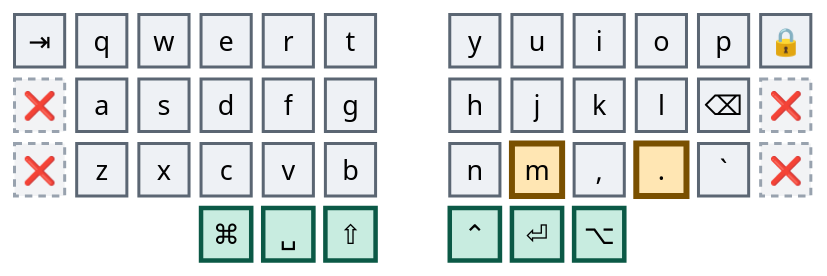
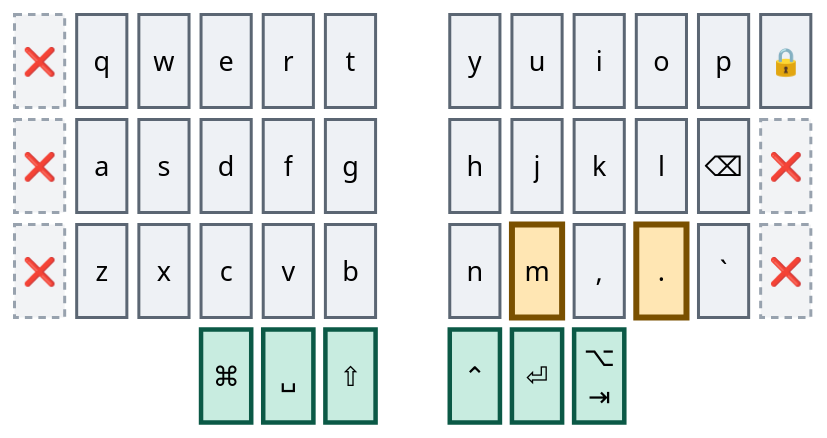
One commit to abloch/zmk-corne changed the ninth of 41 diagrams in combos.md. Above: the diagram before and after it, drawn with Mermaid. The commit also changed other lines of this file and 5 other files, not shown here.

````diff
--- a/combos.md
+++ b/combos.md
@@ -235,21 +235,21 @@
 ```mermaid
 %%{init: {'theme':'base','themeVariables':{'primaryColor':'#eef1f5','primaryTextColor':'#0b0f14','primaryBorderColor':'#5b6673','nodeTextColor':'#0b0f14','textColor':'#0b0f14','mainBkg':'#eef1f5','fontSize':'18px'}}}%%
 block
 columns 13
 
-  tab["⇥"] q w e r t space y u i o p lock["🔒"]
+  tab["❌"] q w e r t space y u i o p lock["🔒"]
   x4["❌"] a s d f g space h j k l bspc["⌫"] x1["❌"]
   x2["❌"] z x c v b space n m cma[","] dot["."] grv[" `"] x3["❌"]
-  space:3 cmd["⌘"] spc["␣"] sft["⇧"] space ctl["⌃"] ent["⏎"] alt["⌥"] space:3
+  space:3 cmd["⌘"] spc["␣"] sft["⇧"] space ctl["⌃"] ent["⏎"] alt["⌥<br/>⇥"] space:3
 
   classDef anchor fill:#bfe6f0,stroke:#0a4f63,stroke-width:4px,color:#04222b
   classDef trig fill:#ffe6b3,stroke:#7a5000,stroke-width:4px,color:#2e1e00
   classDef core fill:#eef1f5,stroke:#5b6673,stroke-width:2px,color:#0b0f14
   classDef thumb fill:#c8ece0,stroke:#0b5946,stroke-width:3px,color:#06241c
   classDef dead fill:#f2f3f5,stroke:#98a2ae,stroke-width:2px,stroke-dasharray:5 4,color:#5b6673
 
   class m,dot trig
-  class tab,q,w,e,r,t,y,u,i,o,p,lock,a,s,d,f,g,h,j,k,l,bspc,z,x,c,v,b,n,cma,grv core
+  class q,w,e,r,t,y,u,i,o,p,lock,a,s,d,f,g,h,j,k,l,bspc,z,x,c,v,b,n,cma,grv core
   class cmd,spc,sft,ctl,ent,alt thumb
-  class x1,x2,x3,x4 dead
+  class tab,x1,x2,x3,x4 dead
 ```
````
